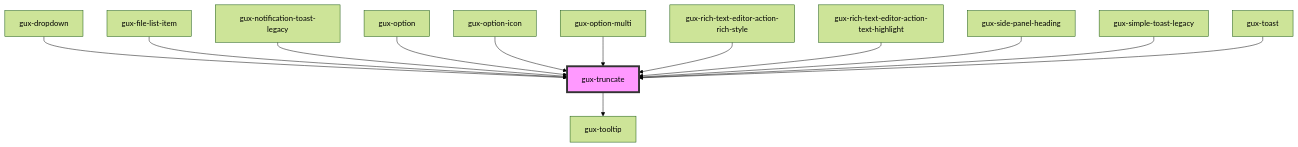
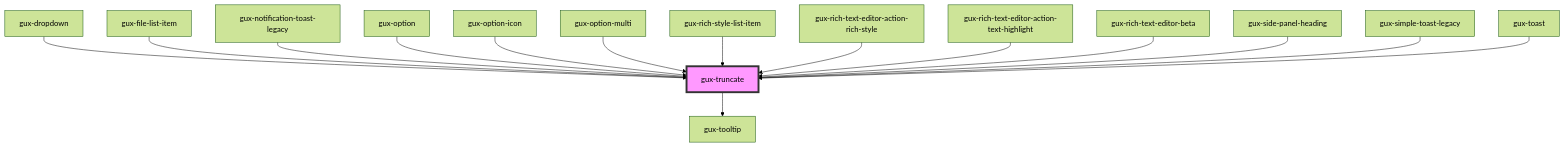
The diagram in packages/genesys-spark-components/src/components/stable/gux-truncate/readme.md (MyPureCloud/genesys-spark), drawn with Mermaid (forest theme) before and after one commit. The commit also changed other lines of this file and 28 other files, not shown here.

First line of the commit message:
feat(rich-text-editor): addition of responsive design

````diff
--- a/packages/genesys-spark-components/src/components/stable/gux-truncate/readme.md
+++ b/packages/genesys-spark-components/src/components/stable/gux-truncate/readme.md
@@ -66,16 +68,18 @@
 ```mermaid
 graph TD;
   gux-truncate --> gux-tooltip
   gux-dropdown --> gux-truncate
   gux-file-list-item --> gux-truncate
   gux-notification-toast-legacy --> gux-truncate
   gux-option --> gux-truncate
   gux-option-icon --> gux-truncate
   gux-option-multi --> gux-truncate
+  gux-rich-style-list-item --> gux-truncate
   gux-rich-text-editor-action-rich-style --> gux-truncate
   gux-rich-text-editor-action-text-highlight --> gux-truncate
+  gux-rich-text-editor-beta --> gux-truncate
   gux-side-panel-heading --> gux-truncate
   gux-simple-toast-legacy --> gux-truncate
   gux-toast --> gux-truncate
   style gux-truncate fill:#f9f,stroke:#333,stroke-width:4px
 ```
````
